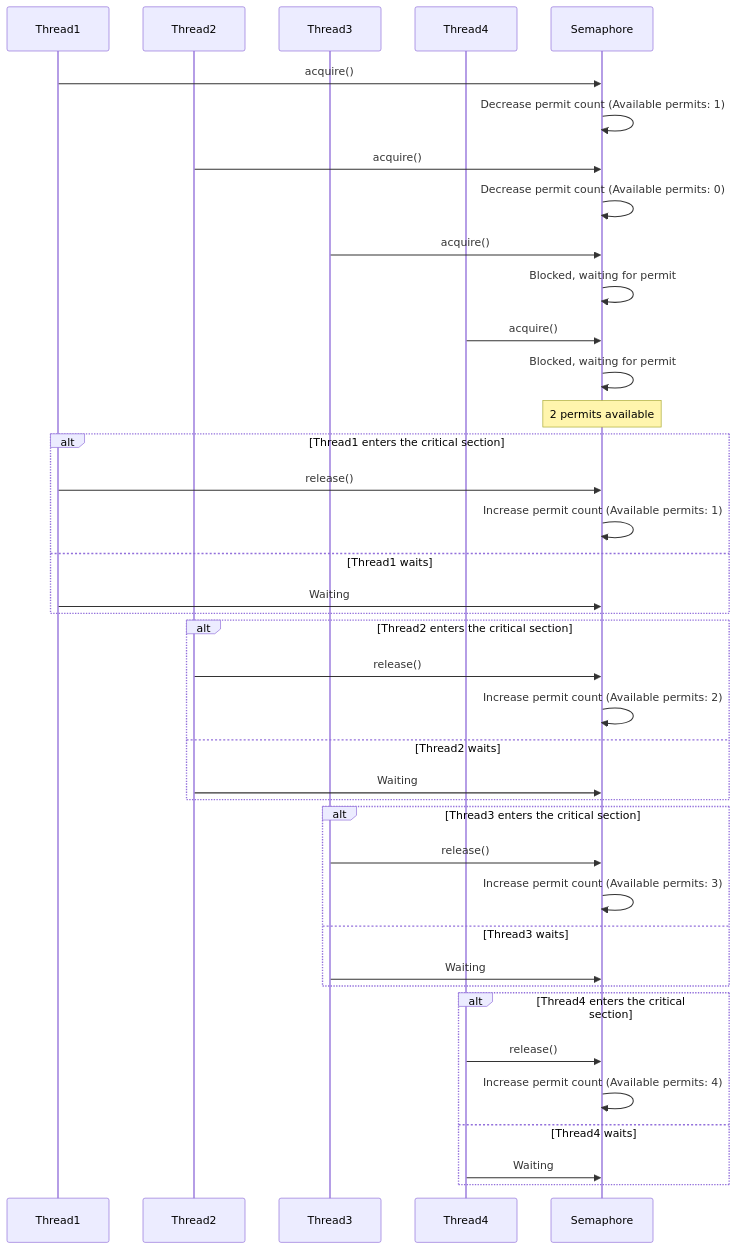
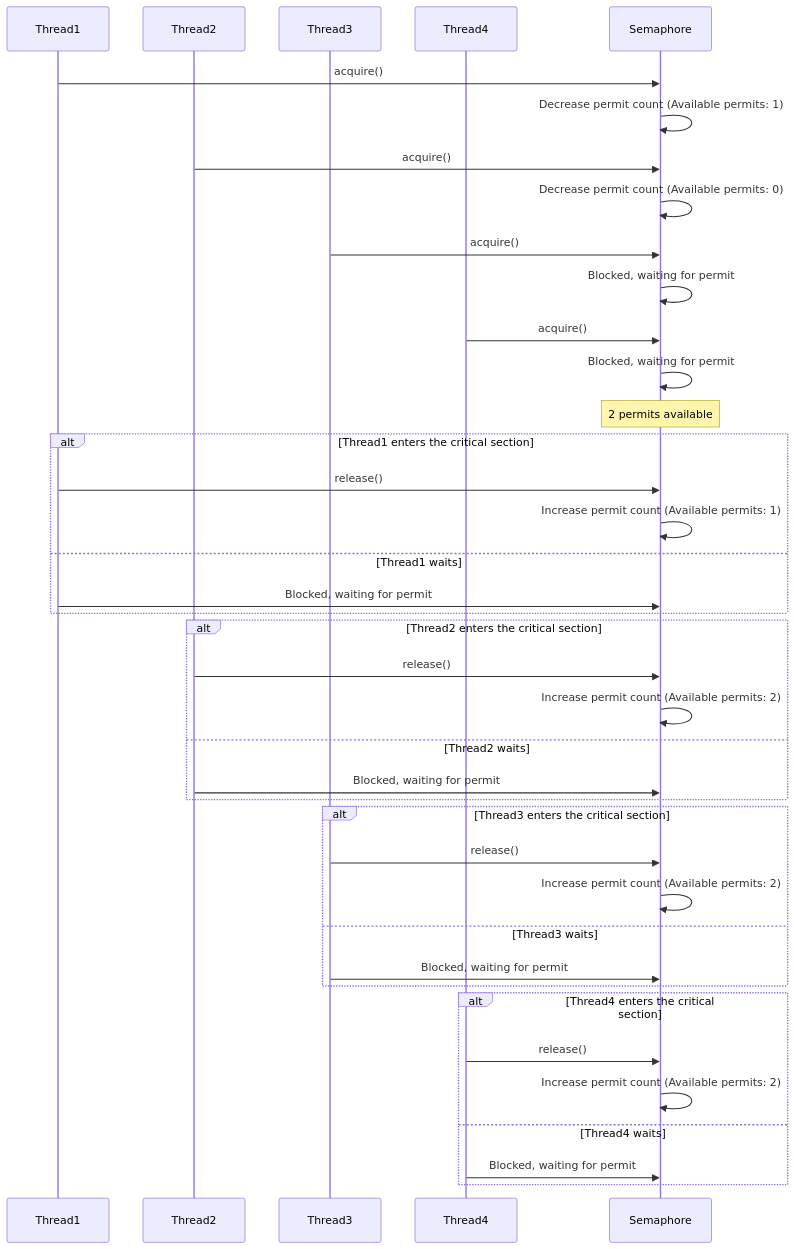
Before and after one commit to dtherhtun/Learning-Java: the first of 5 diagrams in src/com/turing/javase4thbatch/synchronizers/README.md, drawn with Mermaid.

Commit message:
The Java Synchronizers

````diff
--- a/src/com/turing/javase4thbatch/synchronizers/README.md
+++ b/src/com/turing/javase4thbatch/synchronizers/README.md
@@ -7,48 +7,48 @@
 ```mermaid
 sequenceDiagram
     participant Thread1
     participant Thread2
     participant Thread3
     participant Thread4
     participant Semaphore
 
     Thread1->>Semaphore: acquire()
     Semaphore->>Semaphore: Decrease permit count (Available permits: 1)
     Thread2->>Semaphore: acquire()
     Semaphore->>Semaphore: Decrease permit count (Available permits: 0)
     Thread3->>Semaphore: acquire()
     Semaphore->>Semaphore: Blocked, waiting for permit
     Thread4->>Semaphore: acquire()
     Semaphore->>Semaphore: Blocked, waiting for permit
 
     Note over Semaphore: 2 permits available
 
     alt Thread1 enters the critical section
         Thread1->>Semaphore: release()
         Semaphore->>Semaphore: Increase permit count (Available permits: 1)
     else Thread1 waits
-        Thread1->>Semaphore: Waiting
+        Thread1->>Semaphore: Blocked, waiting for permit
     end
 
     alt Thread2 enters the critical section
         Thread2->>Semaphore: release()
         Semaphore->>Semaphore: Increase permit count (Available permits: 2)
     else Thread2 waits
-        Thread2->>Semaphore: Waiting
+        Thread2->>Semaphore: Blocked, waiting for permit
     end
 
     alt Thread3 enters the critical section
         Thread3->>Semaphore: release()
-        Semaphore->>Semaphore: Increase permit count (Available permits: 3)
+        Semaphore->>Semaphore: Increase permit count (Available permits: 2)
     else Thread3 waits
-        Thread3->>Semaphore: Waiting
+        Thread3->>Semaphore: Blocked, waiting for permit
     end
 
     alt Thread4 enters the critical section
         Thread4->>Semaphore: release()
-        Semaphore->>Semaphore: Increase permit count (Available permits: 4)
+        Semaphore->>Semaphore: Increase permit count (Available permits: 2)
     else Thread4 waits
-        Thread4->>Semaphore: Waiting
+        Thread4->>Semaphore: Blocked, waiting for permit
     end
 
 ```
````
